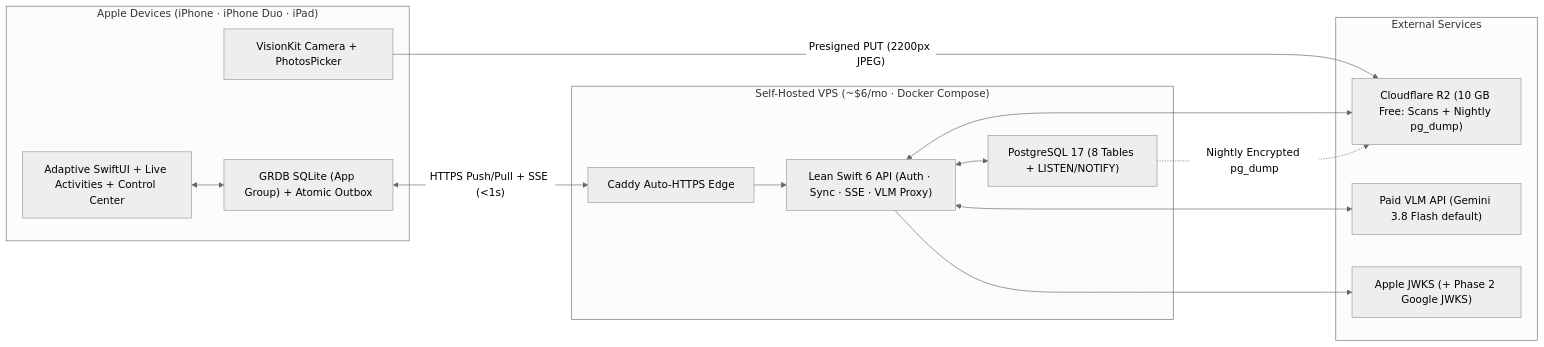
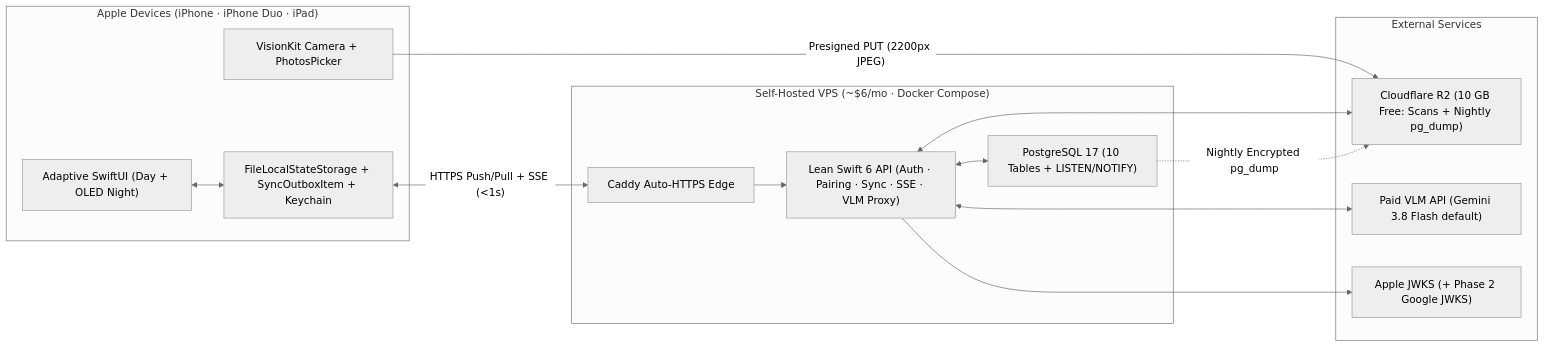
One commit to brianphan-dev/blythes-life changed the diagram in README.md. Above: the diagram before and after it, drawn with Mermaid (neutral theme). The commit also changed other lines of this file and 13 other files, not shown here.

````diff
--- a/README.md
+++ b/README.md
@@ -115,29 +134,29 @@
 ```mermaid
 flowchart LR
     subgraph Devices["Apple Devices (iPhone · iPhone Duo · iPad)"]
-        UI["Adaptive SwiftUI + Live Activities + Control Center"]
-        GRDB["GRDB SQLite (App Group) + Atomic Outbox"]
+        UI["Adaptive SwiftUI (Day + OLED Night)"]
+        Store["FileLocalStateStorage + SyncOutboxItem + Keychain"]
         Cam["VisionKit Camera + PhotosPicker"]
-        UI <--> GRDB
+        UI <--> Store
     end
 
     subgraph VPS["Self-Hosted VPS (~$6/mo · Docker Compose)"]
         Caddy["Caddy Auto-HTTPS Edge"]
-        API["Lean Swift 6 API (Auth · Sync · SSE · VLM Proxy)"]
-        PG["PostgreSQL 17 (8 Tables + LISTEN/NOTIFY)"]
+        API["Lean Swift 6 API (Auth · Pairing · Sync · SSE · VLM Proxy)"]
+        PG["PostgreSQL 17 (10 Tables + LISTEN/NOTIFY)"]
         Caddy --> API <--> PG
     end
 
     subgraph External["External Services"]
         R2["Cloudflare R2 (10 GB Free: Scans + Nightly pg_dump)"]
         VLM["Paid VLM API (Gemini 3.8 Flash default)"]
         IDP["Apple JWKS (+ Phase 2 Google JWKS)"]
     end
 
-    GRDB <-->|"HTTPS Push/Pull + SSE (<1s)"| Caddy
+    Store <-->|"HTTPS Push/Pull + SSE (<1s)"| Caddy
     Cam -->|"Presigned PUT (2200px JPEG)"| R2
     API <--> R2
     API <--> VLM
     API --> IDP
     PG -.->|"Nightly Encrypted pg_dump"| R2
 ```
````
